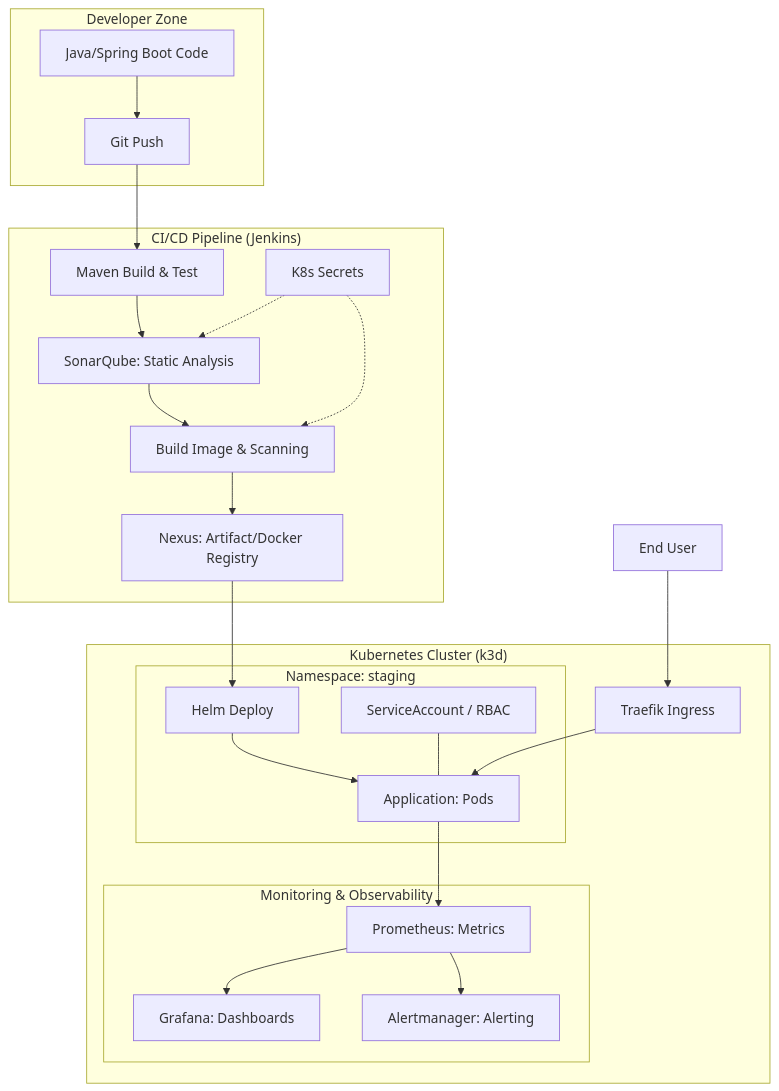
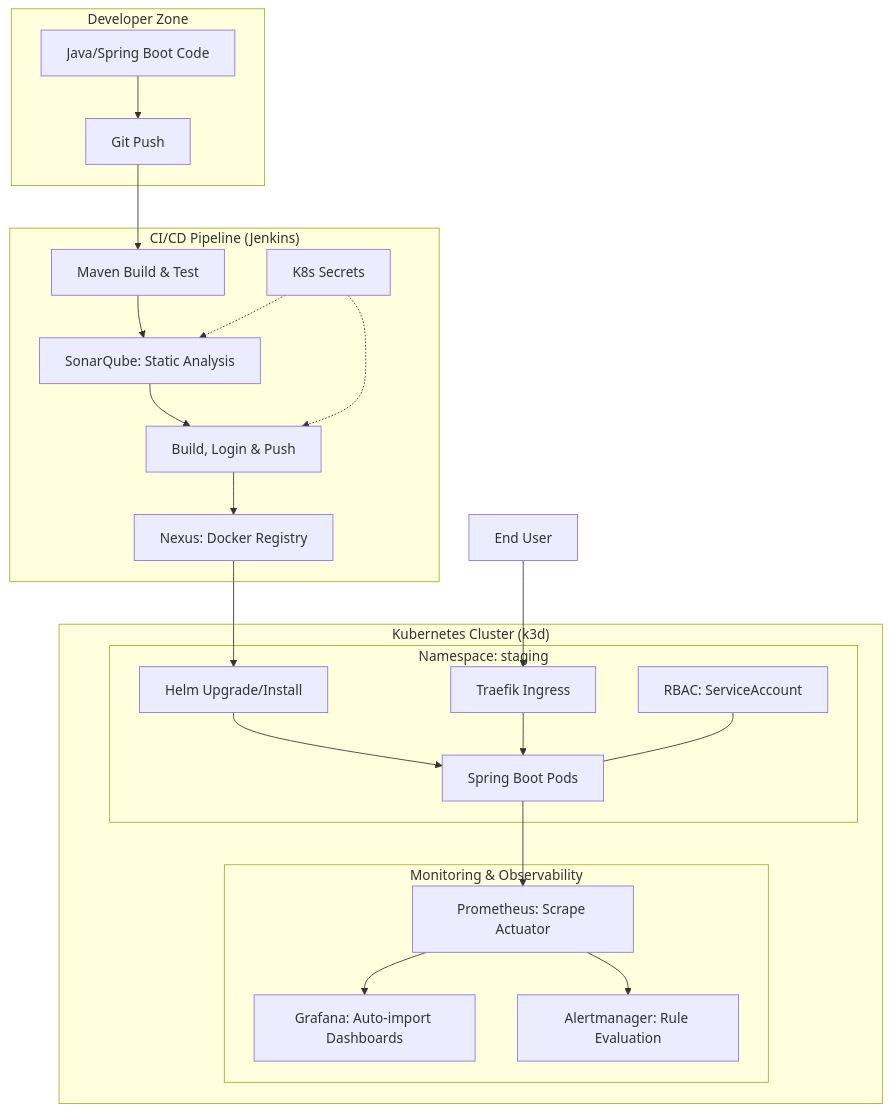
The diagram in README.md (dawidbera/devops-observability-platform), drawn with Mermaid before and after one commit. The commit also changed other lines of this file and 4 other files, not shown here.

````diff
--- a/README.md
+++ b/README.md
@@ -7,34 +7,33 @@
 ```mermaid
 graph TD
     subgraph "Developer Zone"
         Code[Java/Spring Boot Code] --> Commit[Git Push]
     end
 
     subgraph "CI/CD Pipeline (Jenkins)"
         Commit --> Build[Maven Build & Test]
         Build --> Scan[SonarQube: Static Analysis]
-        Scan --> Docker[Build Image & Scanning]
-        Docker --> Nexus[Nexus: Artifact/Docker Registry]
+        Scan --> Docker[Build, Login & Push]
+        Docker --> Nexus[Nexus: Docker Registry]
         Secrets[K8s Secrets] -.-> Scan
         Secrets -.-> Docker
     end
 
     subgraph "Kubernetes Cluster (k3d)"
-        Nexus --> Deploy[Helm Deploy]
+        Nexus --> Deploy[Helm Upgrade/Install]
         
         subgraph "Namespace: staging"
-            Deploy --> Pods[Application: Pods]
-            SA[ServiceAccount / RBAC] --- Pods
+            Deploy --> Pods[Spring Boot Pods]
+            Ingress[Traefik Ingress] --> Pods
+            SA[RBAC: ServiceAccount] --- Pods
         end
         
         subgraph "Monitoring & Observability"
-            Pods --> Prometheus[Prometheus: Metrics]
-            Prometheus --> Grafana[Grafana: Dashboards]
-            Prometheus --> Alerts[Alertmanager: Alerting]
+            Pods --> Prometheus[Prometheus: Scrape Actuator]
+            Prometheus --> Grafana[Grafana: Auto-import Dashboards]
+            Prometheus --> Alerts[Alertmanager: Rule Evaluation]
         end
-        
-        Ingress[Traefik Ingress] --> Pods
     end
 
     User[End User] --> Ingress
 ```
````
